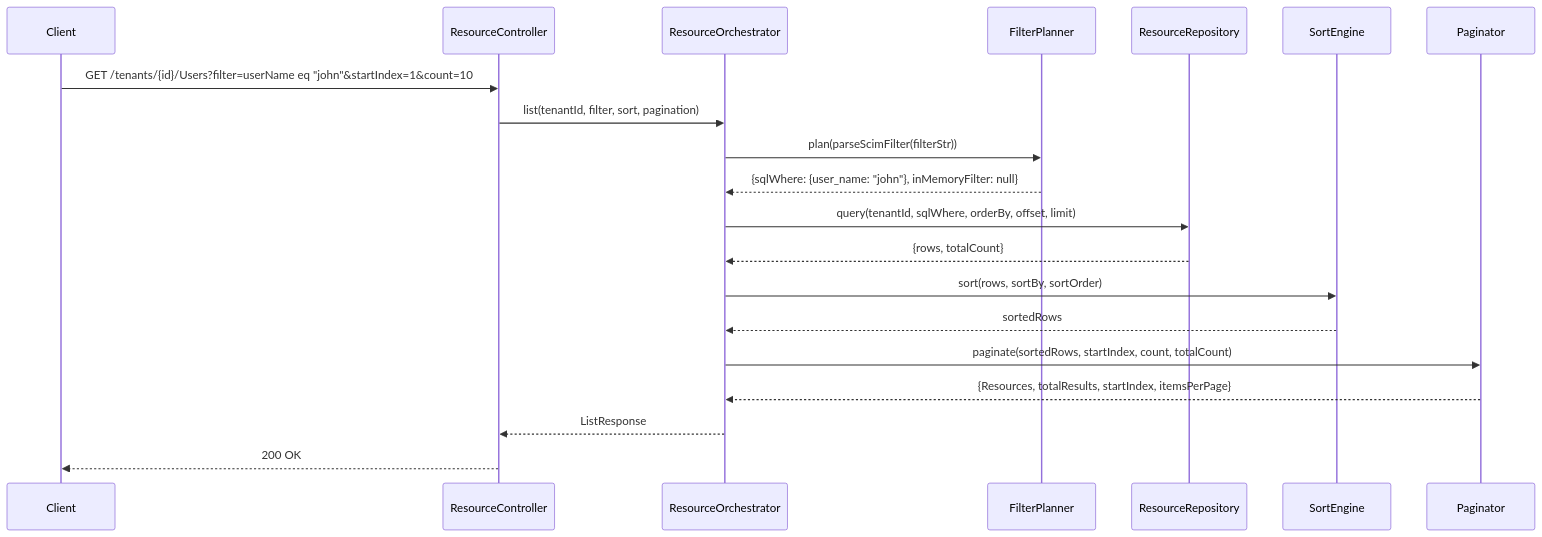
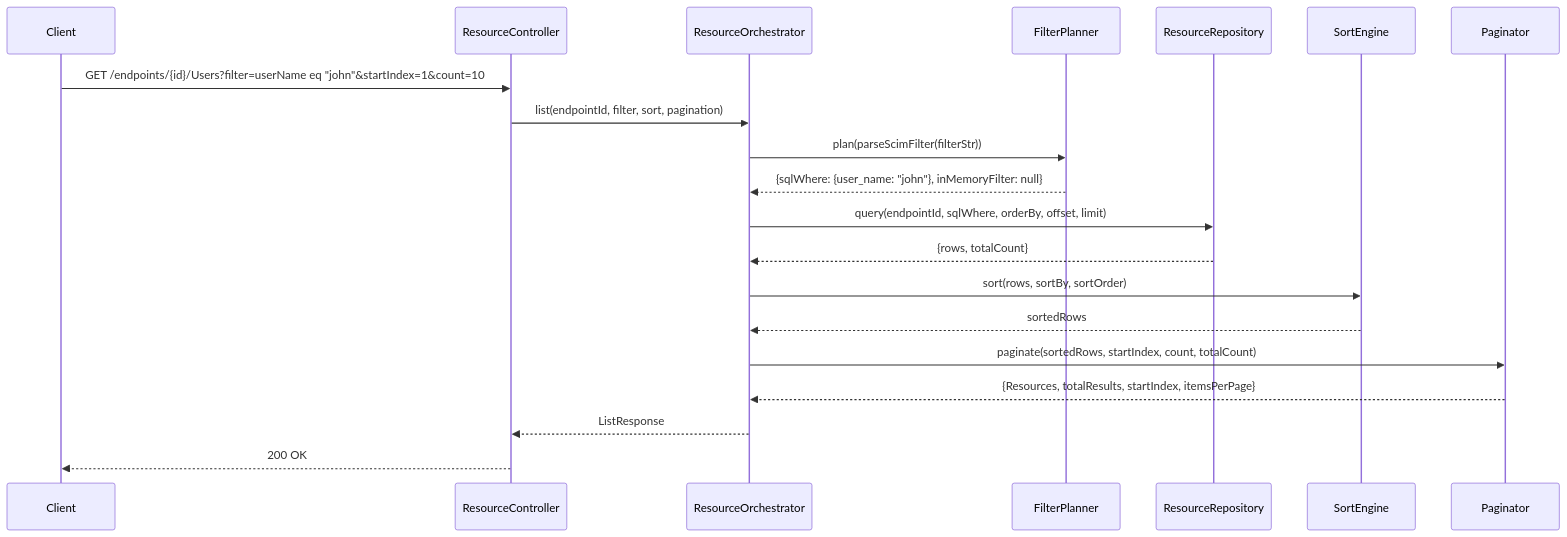
The second of 3 diagrams in docs/IDEAL_SCIM_ARCHITECTURE_v3_2026-02-20.md (pranems/SCIMServer), drawn with Mermaid before and after one commit. The commit also changed other lines of this file and 288 other files, not shown here.

````diff
--- a/docs/IDEAL_SCIM_ARCHITECTURE_v3_2026-02-20.md
+++ b/docs/IDEAL_SCIM_ARCHITECTURE_v3_2026-02-20.md
@@ -1193,23 +1208,23 @@
 ```mermaid
 sequenceDiagram
     participant C as Client
     participant RC as ResourceController
     participant RO as ResourceOrchestrator
     participant FP as FilterPlanner
     participant RR as ResourceRepository
     participant SE as SortEngine
     participant PG as Paginator
 
-    C->>RC: GET /tenants/{id}/Users?filter=userName eq "john"&startIndex=1&count=10
-    RC->>RO: list(tenantId, filter, sort, pagination)
+    C->>RC: GET /endpoints/{id}/Users?filter=userName eq "john"&startIndex=1&count=10
+    RC->>RO: list(endpointId, filter, sort, pagination)
     RO->>FP: plan(parseScimFilter(filterStr))
     FP-->>RO: {sqlWhere: {user_name: "john"}, inMemoryFilter: null}
-    RO->>RR: query(tenantId, sqlWhere, orderBy, offset, limit)
+    RO->>RR: query(endpointId, sqlWhere, orderBy, offset, limit)
     RR-->>RO: {rows, totalCount}
     RO->>SE: sort(rows, sortBy, sortOrder)
     SE-->>RO: sortedRows
     RO->>PG: paginate(sortedRows, startIndex, count, totalCount)
     PG-->>RO: {Resources, totalResults, startIndex, itemsPerPage}
     RO-->>RC: ListResponse
     RC-->>C: 200 OK
 ```
````
